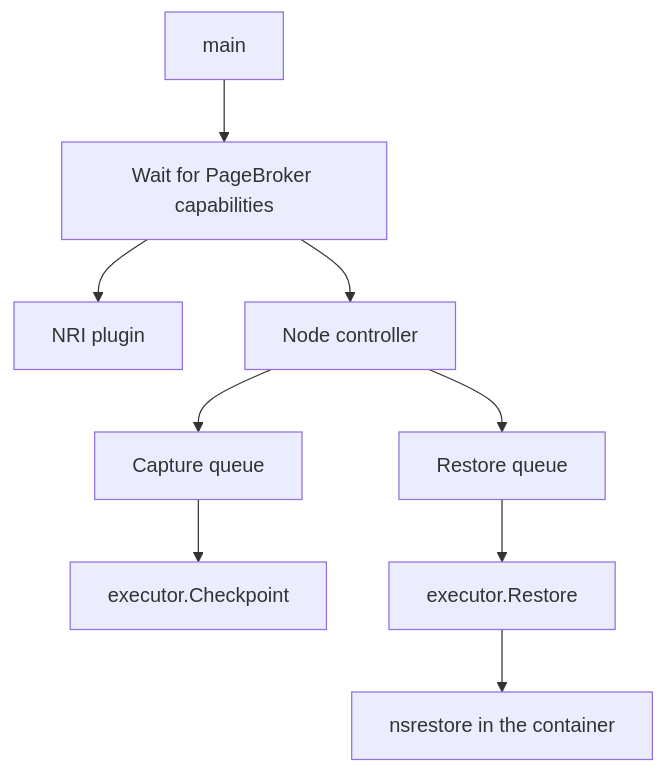
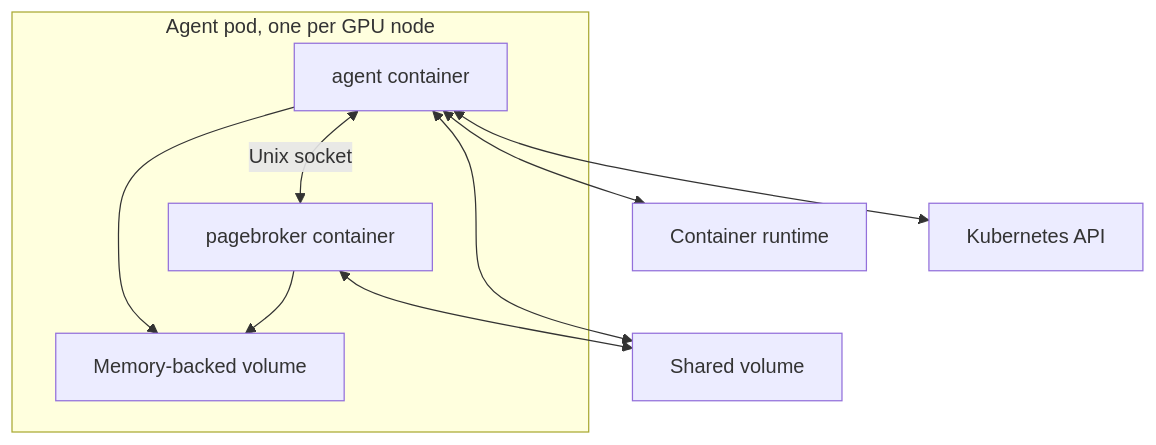
The diagram in docs/reference/architecture/node-agent.md (ai-dynamo/snapshot), drawn with Mermaid before and after one commit. The commit also changed other lines of this file and 5 other files, not shown here.

First line of the commit message:
docs(architecture): lead each page with the big picture and define terms

````diff
--- a/docs/reference/architecture/node-agent.md
+++ b/docs/reference/architecture/node-agent.md
@@ -84,11 +31,18 @@
 ```mermaid
 flowchart TB
-    Main["main"] --> PB["Wait for PageBroker capabilities"]
-    PB --> NRI["NRI plugin"]
-    PB --> NC["Node controller"]
-    NC --> CapQ["Capture queue"]
-    NC --> ResQ["Restore queue"]
-    CapQ --> Exec["executor.Checkpoint"]
-    ResQ --> ExecR["executor.Restore"]
-    ExecR --> NS["nsrestore in the container"]
+    subgraph Pod["Agent pod, one per GPU node"]
+        Agent["agent container"]
+        PB["pagebroker container"]
+        Staging["Memory-backed volume"]
+    end
+    PVC["Shared volume"]
+    RT["Container runtime"]
+    K["Kubernetes API"]
+    Agent <--> K
+    Agent <--> RT
+    Agent <-->|Unix socket| PB
+    Agent --> Staging
+    PB --> Staging
+    PB <--> PVC
+    Agent <--> PVC
 ```
````
